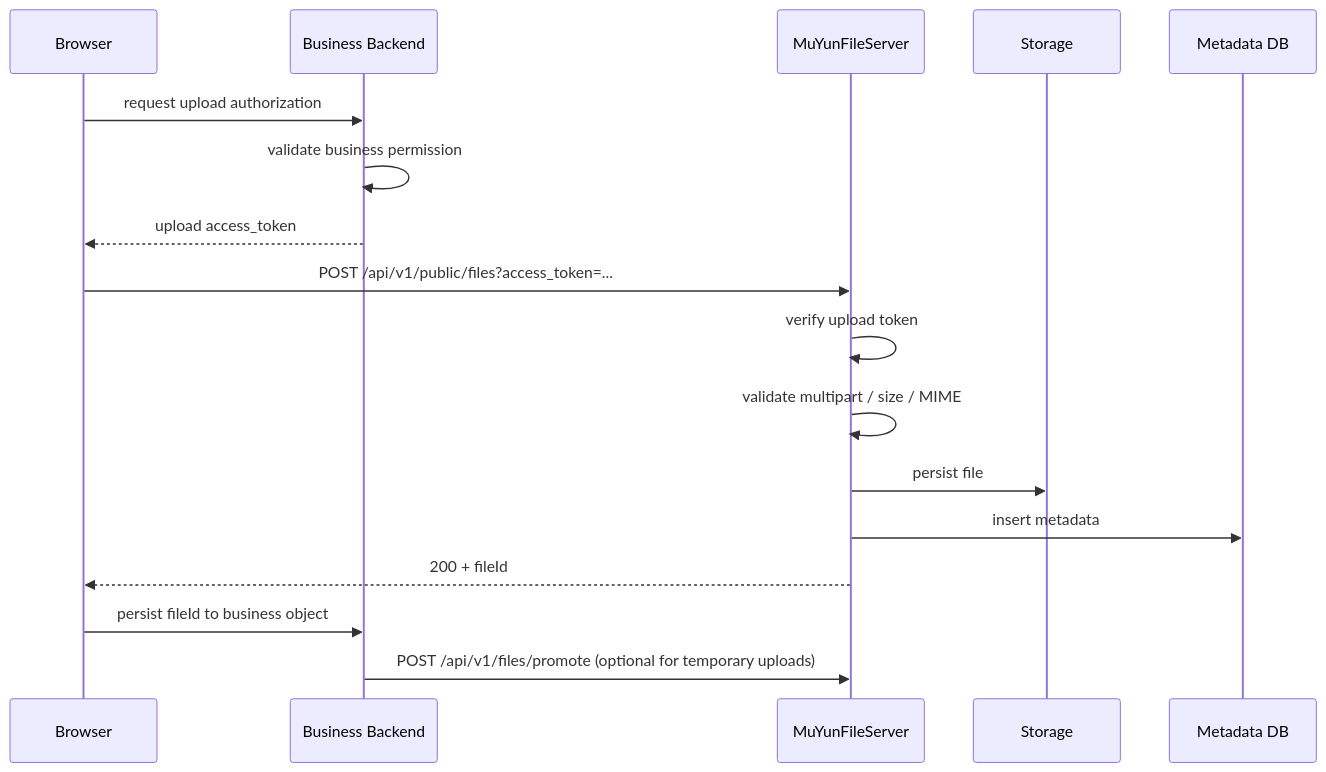
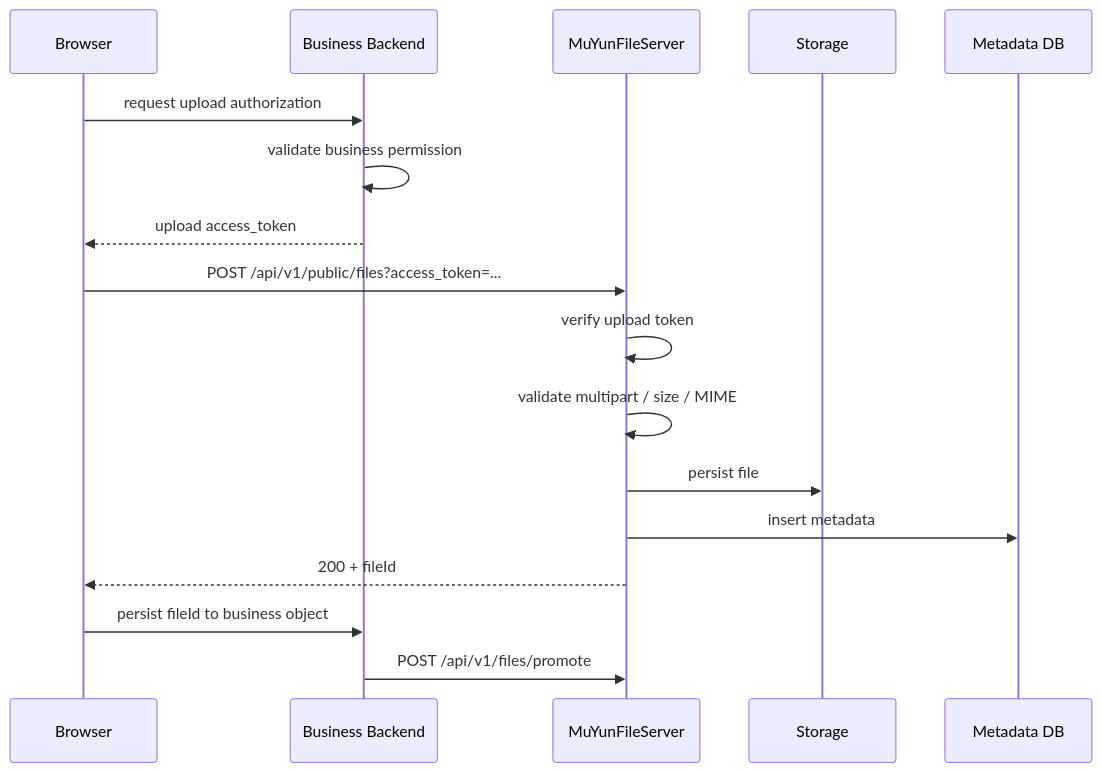
The third of 5 diagrams in docs/design/server-integration.md (ximatai/MuYunFileserver), drawn with Mermaid before and after one commit. The commit also changed other lines of this file and 5 other files, not shown here.

````diff
--- a/docs/design/server-integration.md
+++ b/docs/design/server-integration.md
@@ -139,20 +139,20 @@
 ```mermaid
 sequenceDiagram
     participant U as Browser
     participant B as Business Backend
     participant F as MuYunFileServer
     participant S as Storage
     participant D as Metadata DB
 
     U->>B: request upload authorization
     B->>B: validate business permission
     B-->>U: upload access_token
     U->>F: POST /api/v1/public/files?access_token=...
     F->>F: verify upload token
     F->>F: validate multipart / size / MIME
     F->>S: persist file
     F->>D: insert metadata
     F-->>U: 200 + fileId
     U->>B: persist fileId to business object
-    B->>F: POST /api/v1/files/promote (optional for temporary uploads)
+    B->>F: POST /api/v1/files/promote
 ```
````
